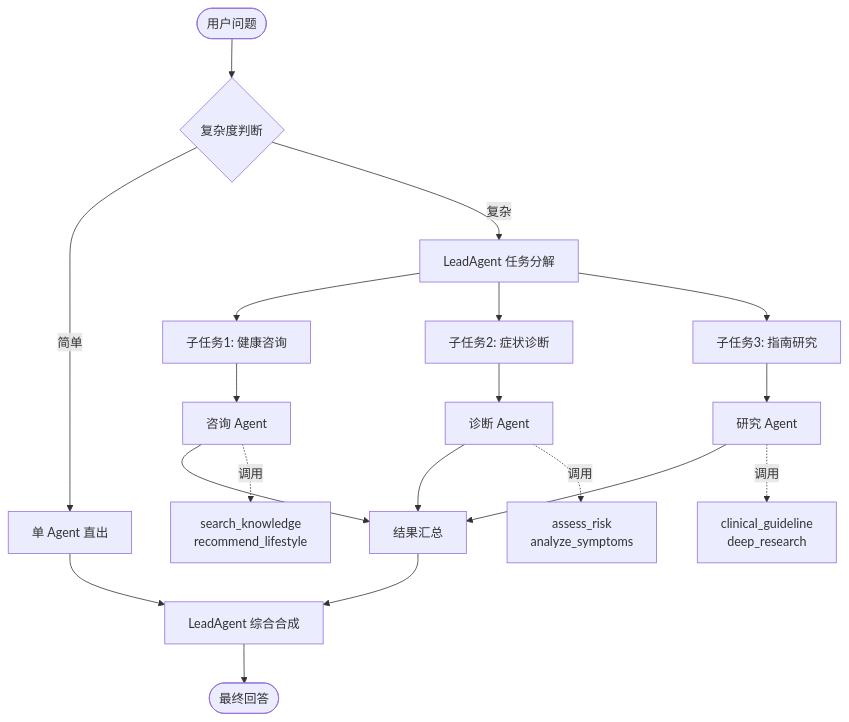
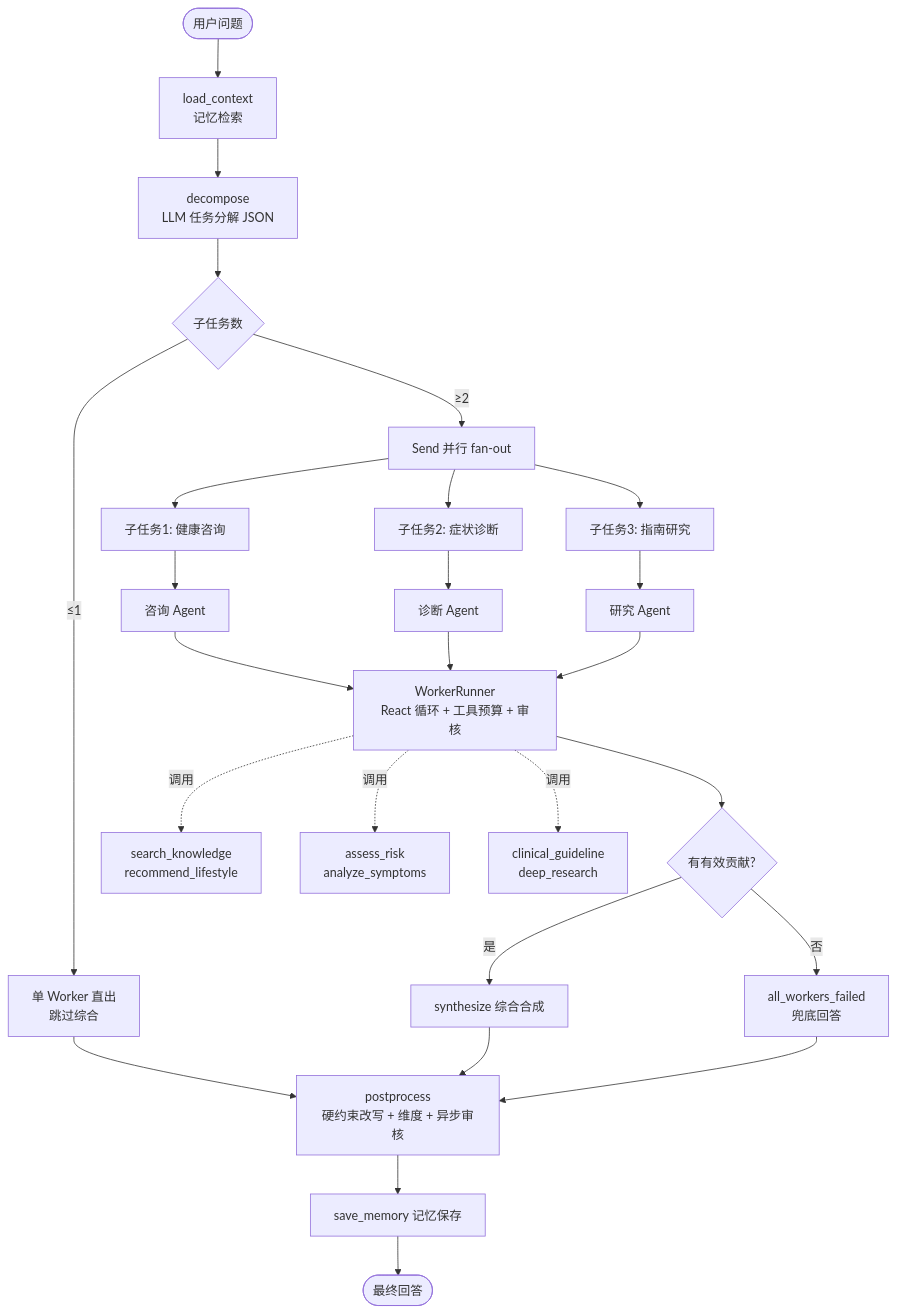
One commit to Cecil09312/medicalAgent changed the fourth of 5 diagrams in medicalAgent/README.md. Above: the diagram before and after it, drawn with Mermaid. The commit also changed other lines of this file and 46 other files, not shown here.

````diff
--- a/medicalAgent/README.md
+++ b/medicalAgent/README.md
@@ -150,22 +147,28 @@
 ```mermaid
 flowchart TD
-    START([用户问题]) --> JUDGE{复杂度判断}
-    JUDGE -->|简单| SINGLE[单 Agent 直出]
-    JUDGE -->|复杂| DECOMP[LeadAgent 任务分解]
+    START([用户问题]) --> CTX[load_context<br/>记忆检索]
+    CTX --> DECOMP[decompose<br/>LLM 任务分解 JSON]
+    DECOMP --> JUDGE{子任务数}
+    JUDGE -->|≤1| SINGLE[单 Worker 直出<br/>跳过综合]
+    JUDGE -->|≥2| FANOUT[Send 并行 fan-out]
 
-    DECOMP --> SUB1[子任务1: 健康咨询]
-    DECOMP --> SUB2[子任务2: 症状诊断]
-    DECOMP --> SUB3[子任务3: 指南研究]
+    FANOUT --> SUB1[子任务1: 健康咨询]
+    FANOUT --> SUB2[子任务2: 症状诊断]
+    FANOUT --> SUB3[子任务3: 指南研究]
 
     SUB1 --> CA[咨询 Agent]
     SUB2 --> DA[诊断 Agent]
     SUB3 --> RA[研究 Agent]
 
-    CA & DA & RA --> SYNC[结果汇总]
-    SINGLE & SYNC --> SYNTH[LeadAgent 综合合成]
-    SYNTH --> ANS([最终回答])
+    CA & DA & RA --> WR[WorkerRunner<br/>React 循环 + 工具预算 + 审核]
+    WR --> SYNC{有有效贡献?}
+    SYNC -->|否| FALLBACK[all_workers_failed<br/>兜底回答]
+    SYNC -->|是| SYNTH[synthesize 综合合成]
+    SINGLE & SYNTH & FALLBACK --> POST[postprocess<br/>硬约束改写 + 维度 + 异步审核]
+    POST --> SAVE[save_memory 记忆保存]
+    SAVE --> ANS([最终回答])
 
-    CA -.调用.-> S1[search_knowledge<br/>recommend_lifestyle]
-    DA -.调用.-> S2[assess_risk<br/>analyze_symptoms]
-    RA -.调用.-> S3[clinical_guideline<br/>deep_research]
+    WR -.调用.-> S1[search_knowledge<br/>recommend_lifestyle]
+    WR -.调用.-> S2[assess_risk<br/>analyze_symptoms]
+    WR -.调用.-> S3[clinical_guideline<br/>deep_research]
 ```
````
